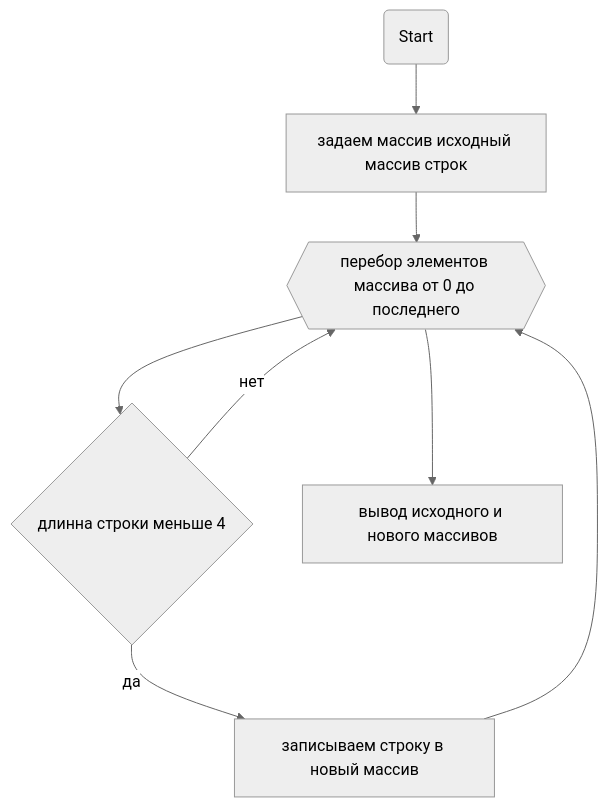
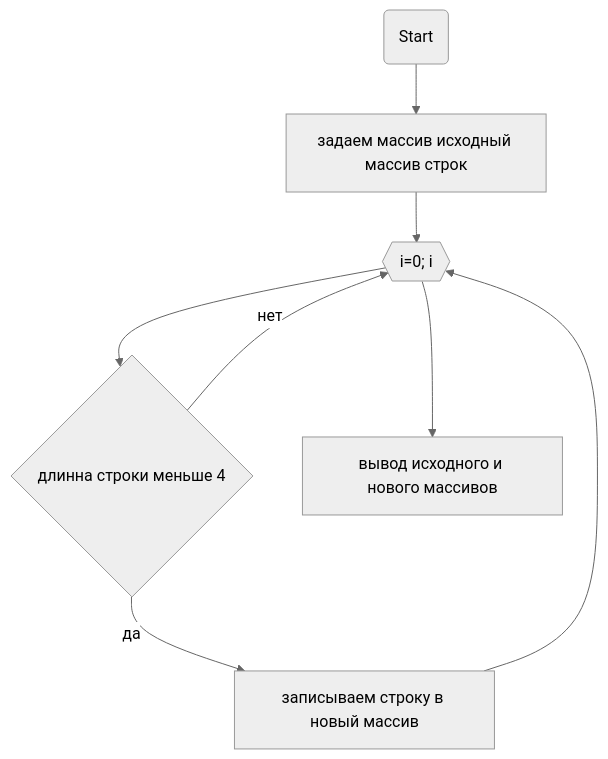
Before and after one commit to Adalberto777/FinalTestWork: the diagram in README.md, drawn with Mermaid (neutral theme).

Commit message:
block diagram

````diff
--- a/README.md
+++ b/README.md
@@ -14,10 +14,10 @@
 ```mermaid
   graph TB;       
     node1(Start)  --> node2[задаем исходный массив строк];
-    node2[задаем массив исходный массив строк] --> node3{{перебор элементов массива от 0 до последнего}};
-    node3{{перебор элементов массива от 0 до последнего}} --> node4{длинна строки меньше 4};
+    node2[задаем массив исходный массив строк] --> node3{{"i=0; i<array.Lenght;1"}};
+    node3{{"i=0; i<array.Lenght;1"}} --> node4{длинна строки меньше 4};
     node4{длинна строки меньше 4} -- да --> node5[записываем строку в новый массив];
     node5[записываем строку в новый массив] --> node3{{"i=0; i<array.Lenght;1"}};
-    node4{длинна строки меньше 4} -- нет --> node3{{перебор элементов массива от 0 до последнего}};
-    node3{{перебор элементов массива от 0 до последнего}} --> node6[вывод исходного и нового массивов];
+    node4{длинна строки меньше 4} -- нет --> node3{{"i=0; i<array.Lenght;1"}};
+    node3{{"i=0; i<array.Lenght;1"}} --> node6[вывод исходного и нового массивов];
 ```
````
